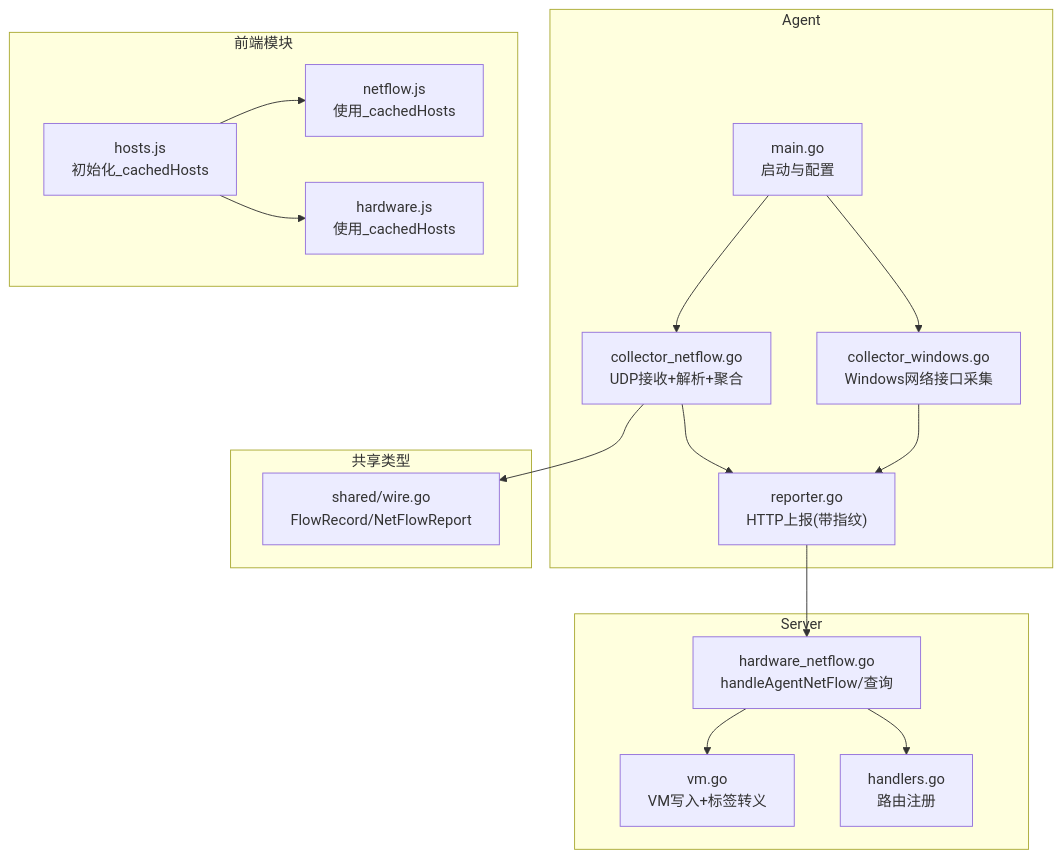
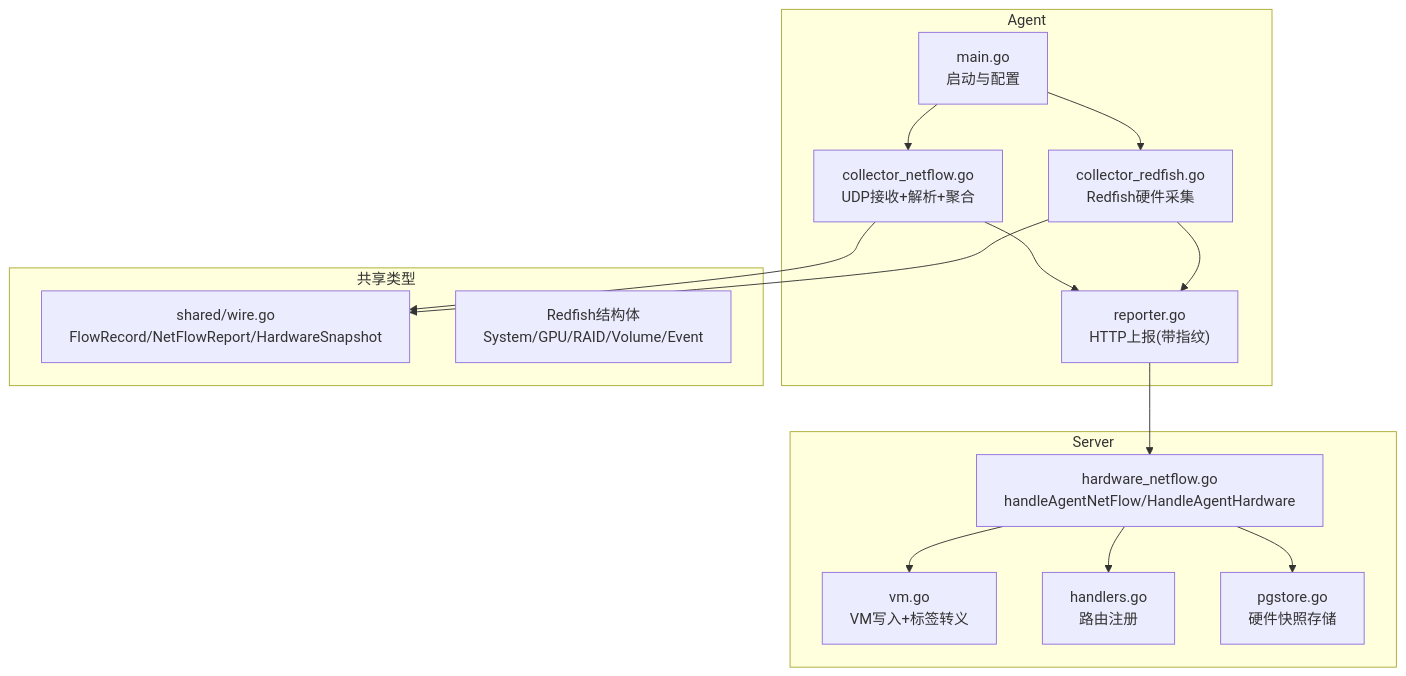
One commit to sreyun/aiops-monitor changed the first of 6 diagrams in .qoder/repowiki/zh/content/架构设计/Agent 客户端架构/NetFlow网络流量采集器.md. Above: the diagram before and after it, drawn with Mermaid. The commit also changed other lines of this file and 38 other files, not shown here.

````diff
--- a/.qoder/repowiki/zh/content/架构设计/Agent 客户端架构/NetFlow网络流量采集器.md
+++ b/.qoder/repowiki/zh/content/架构设计/Agent 客户端架构/NetFlow网络流量采集器.md
@@ -60,32 +52,29 @@
 ```mermaid
 graph TB
 subgraph "Agent"
 A_main["main.go<br/>启动与配置"]
 A_nf["collector_netflow.go<br/>UDP接收+解析+聚合"]
-A_win["collector_windows.go<br/>Windows网络接口采集"]
+A_rf["collector_redfish.go<br/>Redfish硬件采集"]
 A_rep["reporter.go<br/>HTTP上报(带指纹)"]
 end
 subgraph "共享类型"
-S_wire["shared/wire.go<br/>FlowRecord/NetFlowReport"]
+S_wire["shared/wire.go<br/>FlowRecord/NetFlowReport/HardwareSnapshot"]
+S_rf["Redfish结构体<br/>System/GPU/RAID/Volume/Event"]
 end
 subgraph "Server"
-S_hnf["hardware_netflow.go<br/>handleAgentNetFlow/查询"]
+S_hnf["hardware_netflow.go<br/>handleAgentNetFlow/HandleAgentHardware"]
 S_vm["vm.go<br/>VM写入+标签转义"]
 S_handlers["handlers.go<br/>路由注册"]
-end
-subgraph "前端模块"
-F_hosts["hosts.js<br/>初始化_cachedHosts"]
-F_netflow["netflow.js<br/>使用_cachedHosts"]
-F_hardware["hardware.js<br/>使用_cachedHosts"]
+S_pg["pgstore.go<br/>硬件快照存储"]
 end
 A_main --> A_nf
-A_main --> A_win
+A_main --> A_rf
 A_nf --> A_rep
-A_win --> A_rep
+A_rf --> A_rep
 A_nf --> S_wire
+A_rf --> S_wire
 A_rep --> S_hnf
 S_hnf --> S_vm
+S_hnf --> S_pg
 S_hnf --> S_handlers
-F_hosts --> F_netflow
-F_hosts --> F_hardware
 ```
````
